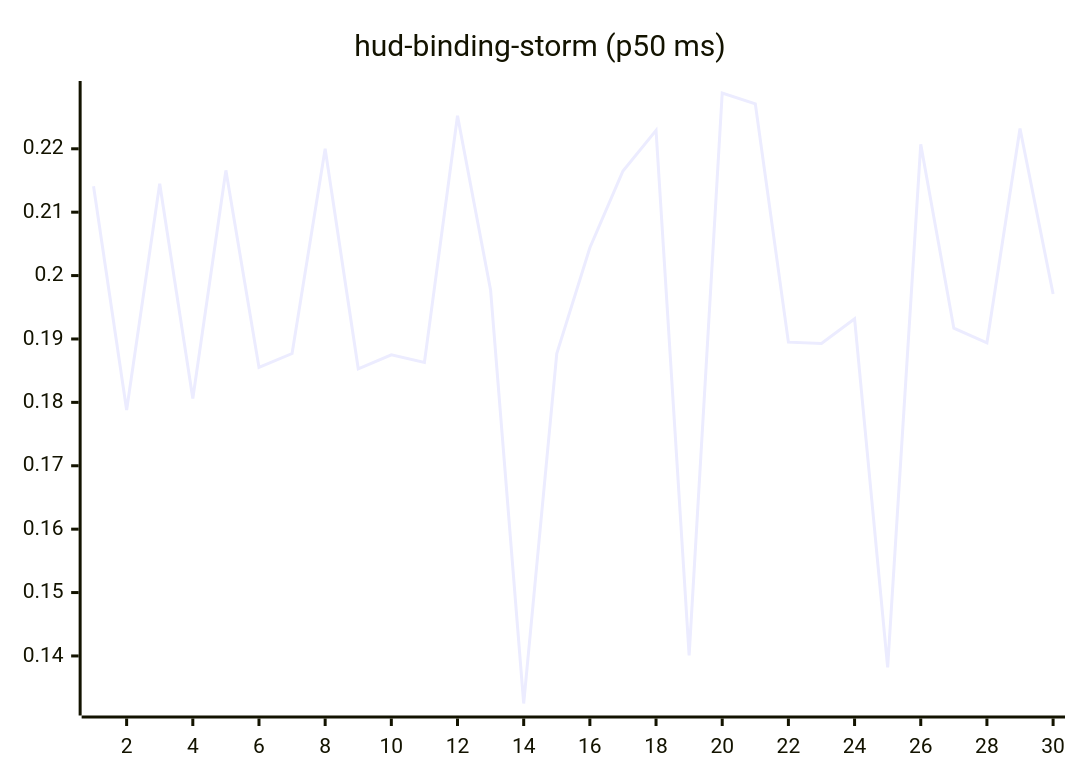
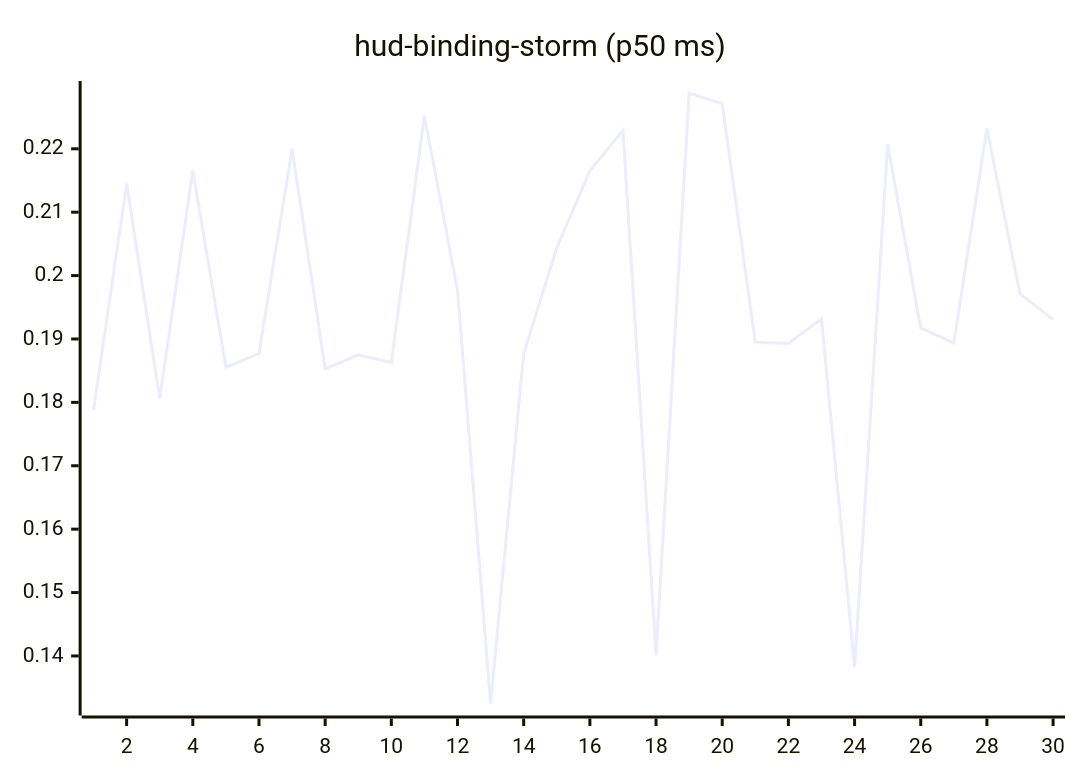
One commit to josha/Facet changed the tenth of 27 diagrams in README.md. Above: the diagram before and after it, drawn with Mermaid. The commit also changed other lines of this file and 2 other files, not shown here.

````diff
--- a/README.md
+++ b/README.md
@@ -126,6 +126,6 @@
 ```mermaid
 xychart-beta
     title "hud-binding-storm (p50 ms)"
     x-axis 1 --> 30
-    line [0.2141, 0.1788, 0.2145, 0.1806, 0.2166, 0.1855, 0.1877, 0.2200, 0.1853, 0.1875, 0.1863, 0.2252, 0.1977, 0.1325, 0.1877, 0.2044, 0.2165, 0.2229, 0.1401, 0.2288, 0.2271, 0.1895, 0.1893, 0.1932, 0.1382, 0.2207, 0.1917, 0.1894, 0.2232, 0.1971]
+    line [0.1788, 0.2145, 0.1806, 0.2166, 0.1855, 0.1877, 0.2200, 0.1853, 0.1875, 0.1863, 0.2252, 0.1977, 0.1325, 0.1877, 0.2044, 0.2165, 0.2229, 0.1401, 0.2288, 0.2271, 0.1895, 0.1893, 0.1932, 0.1382, 0.2207, 0.1917, 0.1894, 0.2232, 0.1971, 0.1931]
 ```
````
